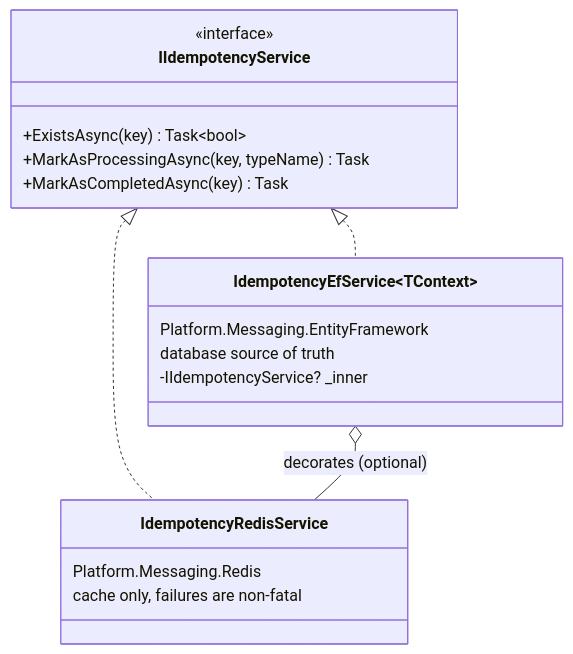
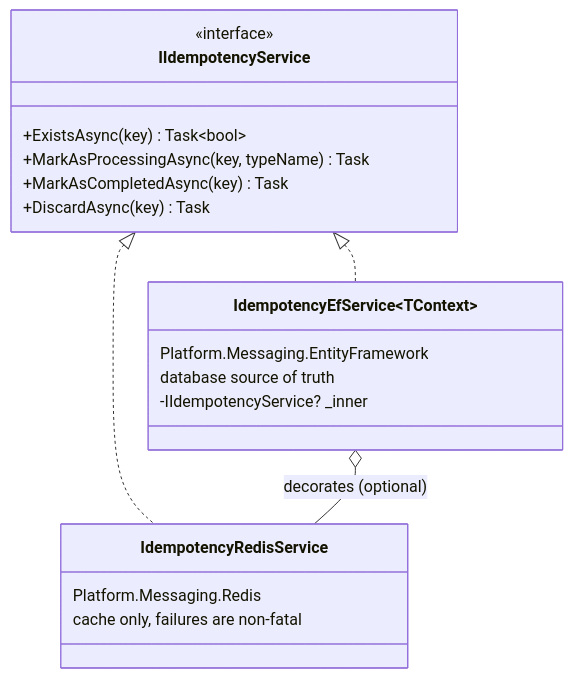
The first of 5 diagrams in docs/architecture/04-idempotency.md (miquelalcaraz/Labs.ServicePlatform), drawn with Mermaid before and after one commit. The commit also changed other lines of this file and 55 other files, not shown here.

````diff
--- a/docs/architecture/04-idempotency.md
+++ b/docs/architecture/04-idempotency.md
@@ -46,21 +47,22 @@
 ```mermaid
 classDiagram
     class IIdempotencyService {
         <<interface>>
         +ExistsAsync(key) Task~bool~
         +MarkAsProcessingAsync(key, typeName) Task
         +MarkAsCompletedAsync(key) Task
+        +DiscardAsync(key) Task
     }
     class IdempotencyRedisService {
         Platform.Messaging.Redis
         cache only, failures are non-fatal
     }
     class IdempotencyEfService~TContext~ {
         Platform.Messaging.EntityFramework
         database source of truth
         -IIdempotencyService? _inner
     }
     IIdempotencyService <|.. IdempotencyRedisService
     IIdempotencyService <|.. IdempotencyEfService~TContext~
     IdempotencyEfService~TContext~ o-- IdempotencyRedisService : decorates (optional)
 ```
````
